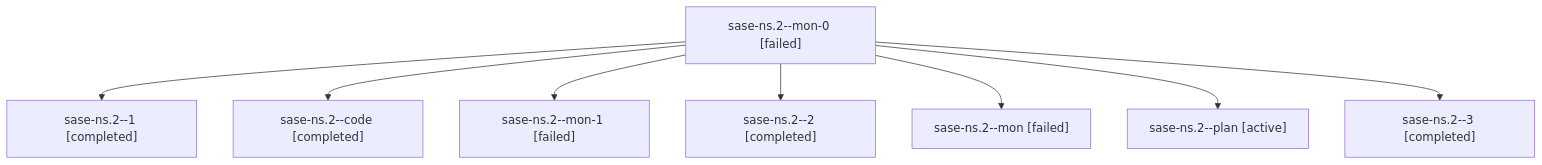
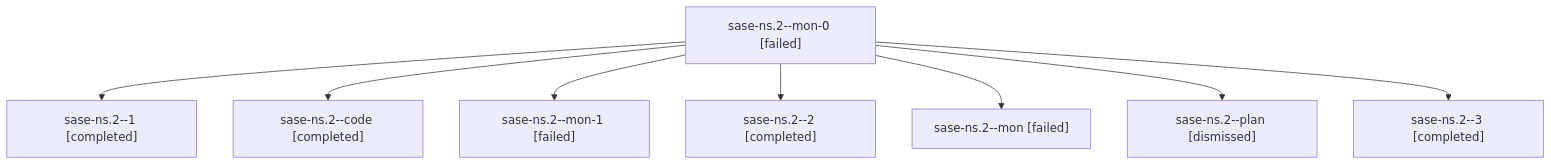
Before and after one commit to sase-org/sase--agents: the diagram in sessions/bbugyi200.athena.sase-ns.2.md, drawn with Mermaid. The commit also changed other lines of this file and 134 other files, not shown here.

````diff
--- a/sessions/bbugyi200.athena.sase-ns.2.md
+++ b/sessions/bbugyi200.athena.sase-ns.2.md
@@ -9,18 +9,18 @@
 ```mermaid
 flowchart TD
   n0["sase-ns.2--mon-0 [failed]"]
   n1["sase-ns.2--1 [completed]"]
   n0 --> n1
   n2["sase-ns.2--code [completed]"]
   n0 --> n2
   n3["sase-ns.2--mon-1 [failed]"]
   n0 --> n3
   n4["sase-ns.2--2 [completed]"]
   n0 --> n4
   n5["sase-ns.2--mon [failed]"]
   n0 --> n5
-  n6["sase-ns.2--plan [active]"]
+  n6["sase-ns.2--plan [dismissed]"]
   n0 --> n6
   n7["sase-ns.2--3 [completed]"]
   n0 --> n7
 ```
````
